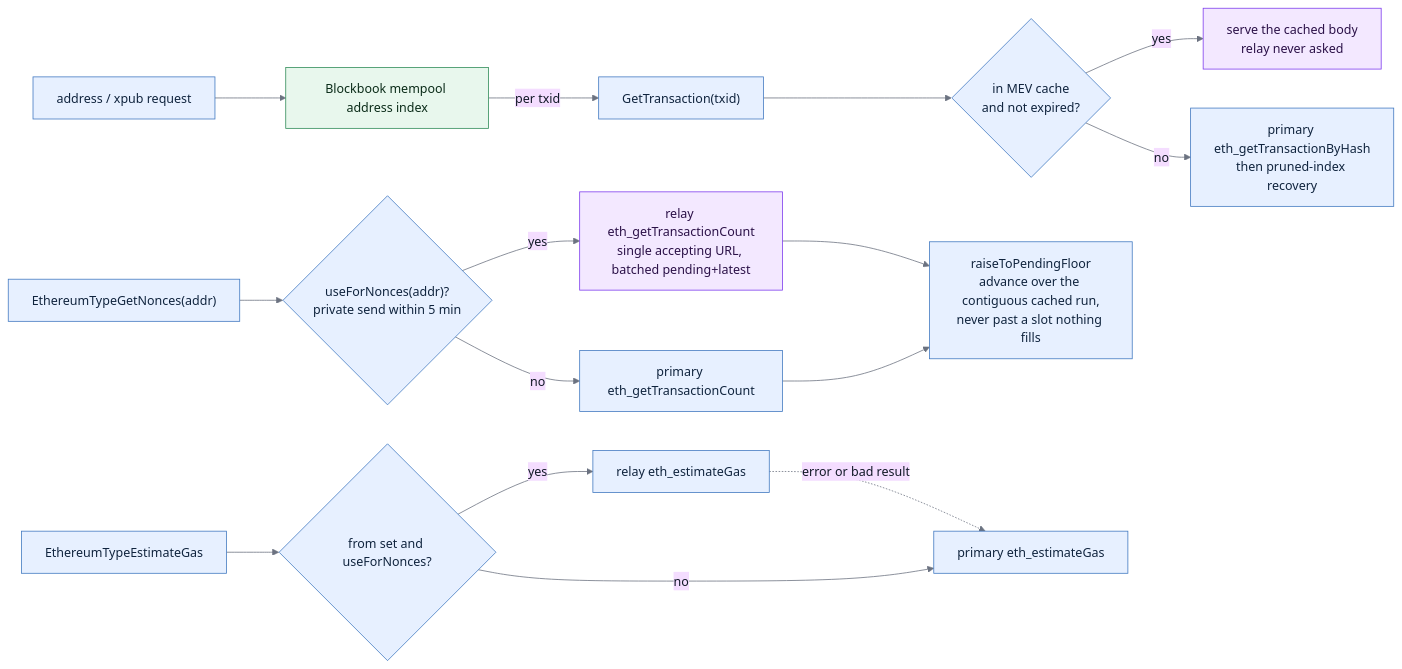
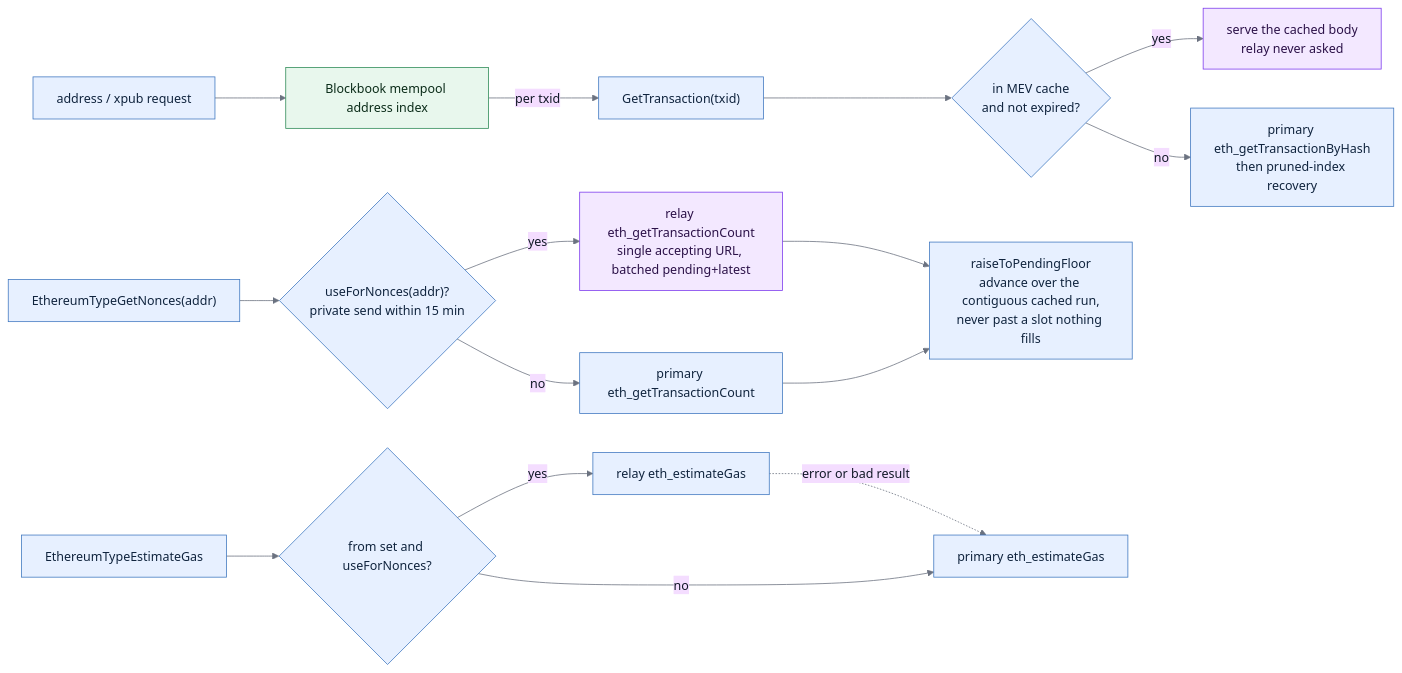
Before and after one commit to trezor/blockbook: the third of 3 diagrams in docs/evm-send-mempools.md, drawn with Mermaid. The commit also changed 5 other files, not shown here.

````diff
--- a/docs/evm-send-mempools.md
+++ b/docs/evm-send-mempools.md
@@ -165,41 +165,41 @@
 ```mermaid
 %%{init: {"theme": "base", "themeVariables": {"lineColor": "#6b7280", "primaryTextColor": "#111827"}}}%%
 flowchart LR
     tx["GetTransaction(txid)"]
     hit{"in MEV cache<br/>and not expired?"}
     body["serve the cached body<br/>relay never asked"]
     rpcget["primary eth_getTransactionByHash<br/>then pruned-index recovery"]
 
     addr["address / xpub request"]
     idx["Blockbook mempool address index"]
 
     non["EthereumTypeGetNonces(addr)"]
-    gate{"useForNonces(addr)?<br/>private send within 5 min"}
+    gate{"useForNonces(addr)?<br/>private send within 15 min"}
     nrelay["relay eth_getTransactionCount<br/>single accepting URL, batched pending+latest"]
     nprim["primary eth_getTransactionCount"]
     floor["raiseToPendingFloor<br/>advance over the contiguous cached run,<br/>never past a slot nothing fills"]
 
     est["EthereumTypeEstimateGas"]
     egate{"from set and useForNonces?"}
     erelay["relay eth_estimateGas"]
     eprim["primary eth_estimateGas"]
 
     tx --> hit
     hit -- "yes" --> body
     hit -- "no" --> rpcget
     addr --> idx -- "per txid" --> tx
     non --> gate
     gate -- "yes" --> nrelay --> floor
     gate -- "no" --> nprim --> floor
     est --> egate
     egate -- "yes" --> erelay
     erelay -. "error or bad result" .-> eprim
     egate -- "no" --> eprim
 
     classDef step fill:#e7f0ff,stroke:#4078c0,color:#10243e;
     classDef mev fill:#f3e8ff,stroke:#7c3aed,color:#2b1148;
     classDef pubstore fill:#e8f7ed,stroke:#2e8b57,color:#0b2c19;
     class tx,hit,rpcget,addr,non,gate,nprim,est,egate,erelay,eprim,floor step;
     class body,nrelay mev;
     class idx pubstore;
 ```
````
